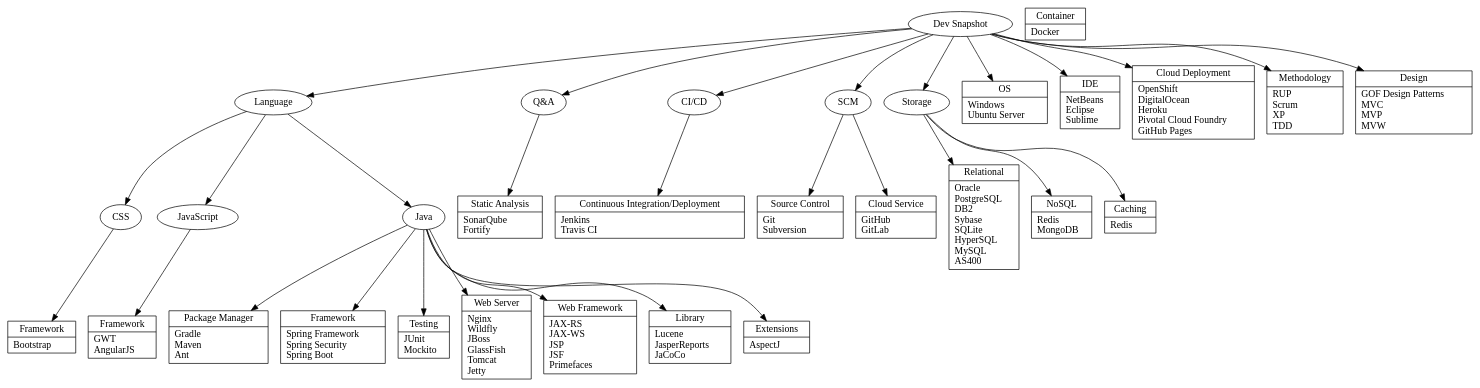
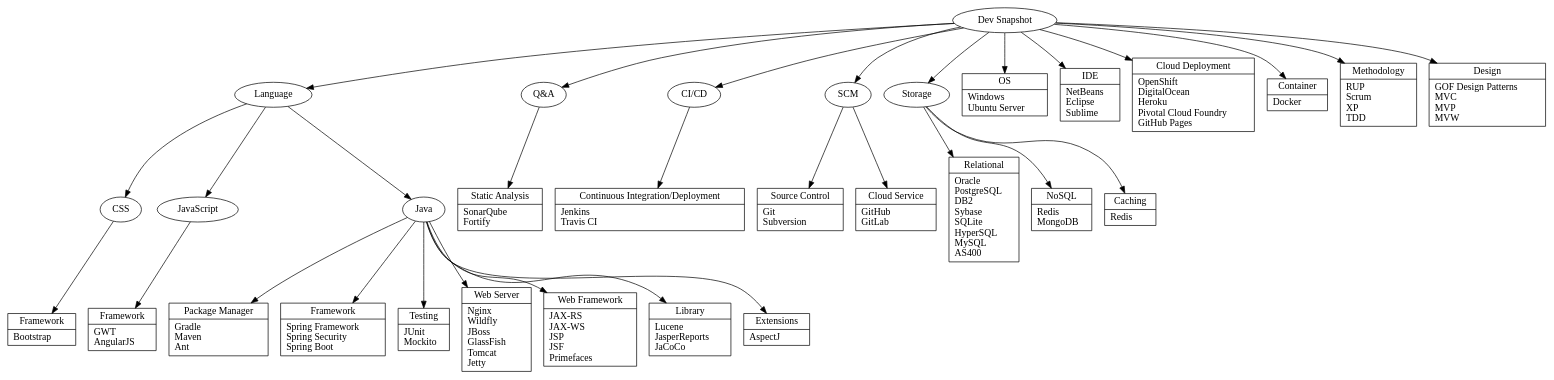
The diagram in assets/graphviz/dev-snapshot.dot (gfarfanb/gfarfanb.github.io), drawn with Graphviz before and after one commit. The commit also changed 12 other files, not shown here.

```diff
--- a/assets/graphviz/dev-snapshot.dot
+++ b/assets/graphviz/dev-snapshot.dot
@@ -1,150 +1,152 @@
 # Dev Snapshot
 digraph dev_snapshot {
 
   "Dev Snapshot" -> Language
 
   CSS_Framework [
     shape=record
     label="{Framework|Bootstrap\l}"
   ]
 
   Language -> CSS
   CSS -> { CSS_Framework }
 
   JavaScript_Framework [
     shape=record
     label="{Framework|GWT\lAngularJS\l}"
   ]
 
   Language -> JavaScript
   JavaScript -> { JavaScript_Framework }
 
   Java_Build [
     shape=record
     label="{Package Manager|Gradle\lMaven\lAnt\l}"
   ]
 
   Java_Framework [
     shape=record
     label="{Framework|Spring Framework\lSpring Security\lSpring Boot\l}"
   ]
 
   Java_Testing [
     shape=record
     label="{Testing|JUnit\lMockito\l}"
   ]
 
   Java_Server [
     shape=record
     label="{Web Server|Nginx\lWildfly\lJBoss\lGlassFish\lTomcat\lJetty\l}"
   ]
 
   Java_Web [
     shape=record
     label="{Web Framework|JAX-RS\lJAX-WS\lJSP\lJSF\lPrimefaces\l}"
   ]
 
   Java_Libraries [
     shape=record
     label="{Library|Lucene\lJasperReports\lJaCoCo\l}"
   ]
 
   Java_Extensions [
     shape=record
     label="{Extensions|AspectJ\l}"
   ]
 
   Language -> Java
   Java -> { Java_Build Java_Framework Java_Testing Java_Server Java_Web Java_Libraries Java_Extensions }
 
   "Dev Snapshot" -> "Q&A"
 
   Static_Analysis [
     shape=record
     label="{Static Analysis|SonarQube\lFortify\l}"
   ]
 
   "Q&A" -> { Static_Analysis }
 
   "Dev Snapshot" -> "CI/CD"
 
   CI_CD [
     shape=record
     label="{Continuous Integration/Deployment|Jenkins\lTravis CI\l}"
   ]
 
   "CI/CD" -> { CI_CD }
 
   "Dev Snapshot" -> SCM
 
   Source_Control [
     shape=record
     label="{Source Control|Git\lSubversion\l}"
   ]
 
   Source_Control_Service [
     shape=record
     label="{Cloud Service|GitHub\lGitLab\l}"
   ]
 
   SCM -> { Source_Control Source_Control_Service }
 
   "Dev Snapshot" -> Storage
 
   Relational [
     shape=record
     label="{Relational|Oracle\lPostgreSQL\lDB2\lSybase\lSQLite\lHyperSQL\lMySQL\lAS400\l}"
   ]
 
   NoSQL [
     shape=record
     label="{NoSQL|Redis\lMongoDB\l}"
   ]
 
   Caching [
     shape=record
     label="{Caching|Redis\l}"
   ]
   
   Storage -> { Relational NoSQL Caching }
 
   OS [
     shape=record
     label="{OS|Windows\lUbuntu Server\l}"
   ]
 
   "Dev Snapshot" -> OS
 
   IDE [
     shape=record
     label="{IDE|NetBeans\lEclipse\lSublime\l}"
   ]
 
   "Dev Snapshot" -> IDE
 
   Cloud_Deployment [
     shape=record
     label="{Cloud Deployment|OpenShift\lDigitalOcean\lHeroku\lPivotal Cloud Foundry\lGitHub Pages\l}"
   ]
 
   "Dev Snapshot" -> Cloud_Deployment
 
   Container [
     shape=record
     label="{Container|Docker\l}"
   ]
 
+  "Dev Snapshot" -> Container
+
   Methodology [
     shape=record
     label="{Methodology|RUP\lScrum\lXP\lTDD\l}"
   ]
 
   "Dev Snapshot" -> Methodology
 
   Design [
     shape=record
     label="{Design|GOF Design Patterns\lMVC\lMVP\lMVW\l}"
   ]
 
   "Dev Snapshot" -> Design
 }
```
